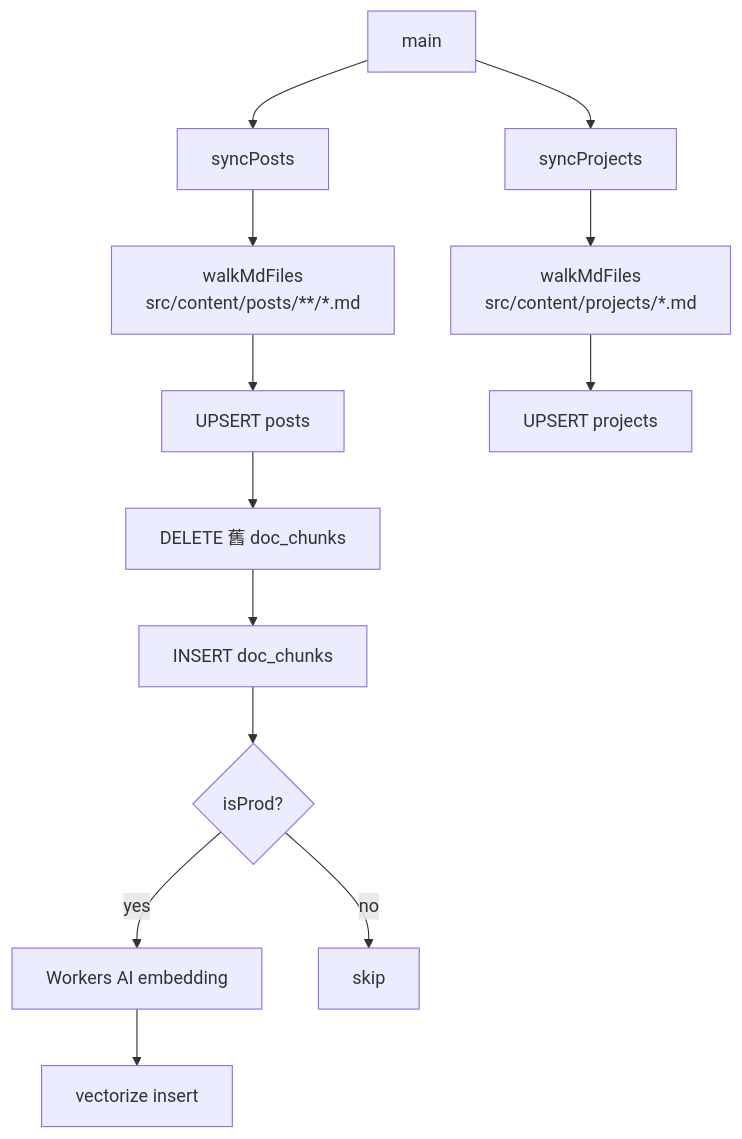
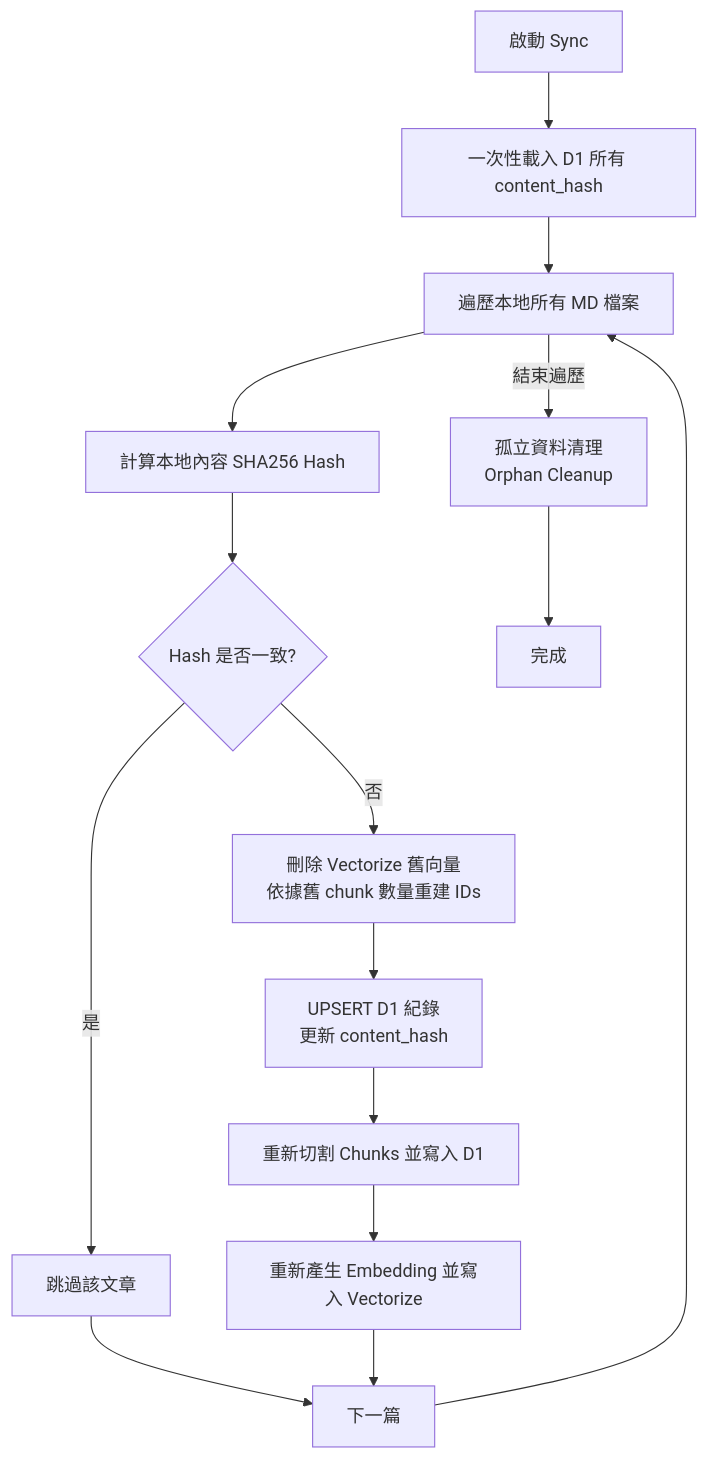
One commit to a920604a/engineernews changed the third of 3 diagrams in docs/ingest.md. Above: the diagram before and after it, drawn with Mermaid. The commit also changed other lines of this file and 2 other files, not shown here.

Commit message:
feat: Add deploy trigger to crawl workflow and enhance architecture documentation with incremental sync details

````diff
--- a/docs/ingest.md
+++ b/docs/ingest.md
@@ -112,17 +114,19 @@
 ```mermaid
 flowchart TD
-  Start[main] --> SyncPosts[syncPosts]
-  Start --> SyncProjects[syncProjects]
-
-  SyncPosts --> Walk[walkMdFiles\nsrc/content/posts/**/*.md]
-  Walk --> UpsertPost[UPSERT posts]
-  UpsertPost --> DeleteChunks[DELETE 舊 doc_chunks]
-  DeleteChunks --> InsertChunk[INSERT doc_chunks]
-  InsertChunk --> Embed{isProd?}
-  Embed -- yes --> GetEmbed[Workers AI embedding]
-  GetEmbed --> VecInsert[vectorize insert]
-  Embed -- no --> Skip[skip]
-
-  SyncProjects --> WalkP[walkMdFiles\nsrc/content/projects/*.md]
-  WalkP --> UpsertProject[UPSERT projects]
+  Start[啟動 Sync] --> LoadHashes[一次性載入 D1 所有 content_hash]
+  LoadHashes --> Loop[遍歷本地所有 MD 檔案]
+  Loop --> CalcHash[計算本地內容 SHA256 Hash]
+  CalcHash --> Compare{Hash 是否一致?}
+  
+  Compare -- 是 --> Skip[跳過該文章]
+  Compare -- 否 --> DeleteVec[刪除 Vectorize 舊向量\n依據舊 chunk 數量重建 IDs]
+  DeleteVec --> UpsertD1[UPSERT D1 紀錄\n更新 content_hash]
+  UpsertD1 --> SyncChunks[重新切割 Chunks 並寫入 D1]
+  SyncChunks --> Embed[重新產生 Embedding 並寫入 Vectorize]
+  
+  Skip --> Next[下一篇]
+  Embed --> Next
+  Next --> Loop
+  Loop -- 結束遍歷 --> Cleanup[孤立資料清理\nOrphan Cleanup]
+  Cleanup --> Done[完成]
 ```
````
